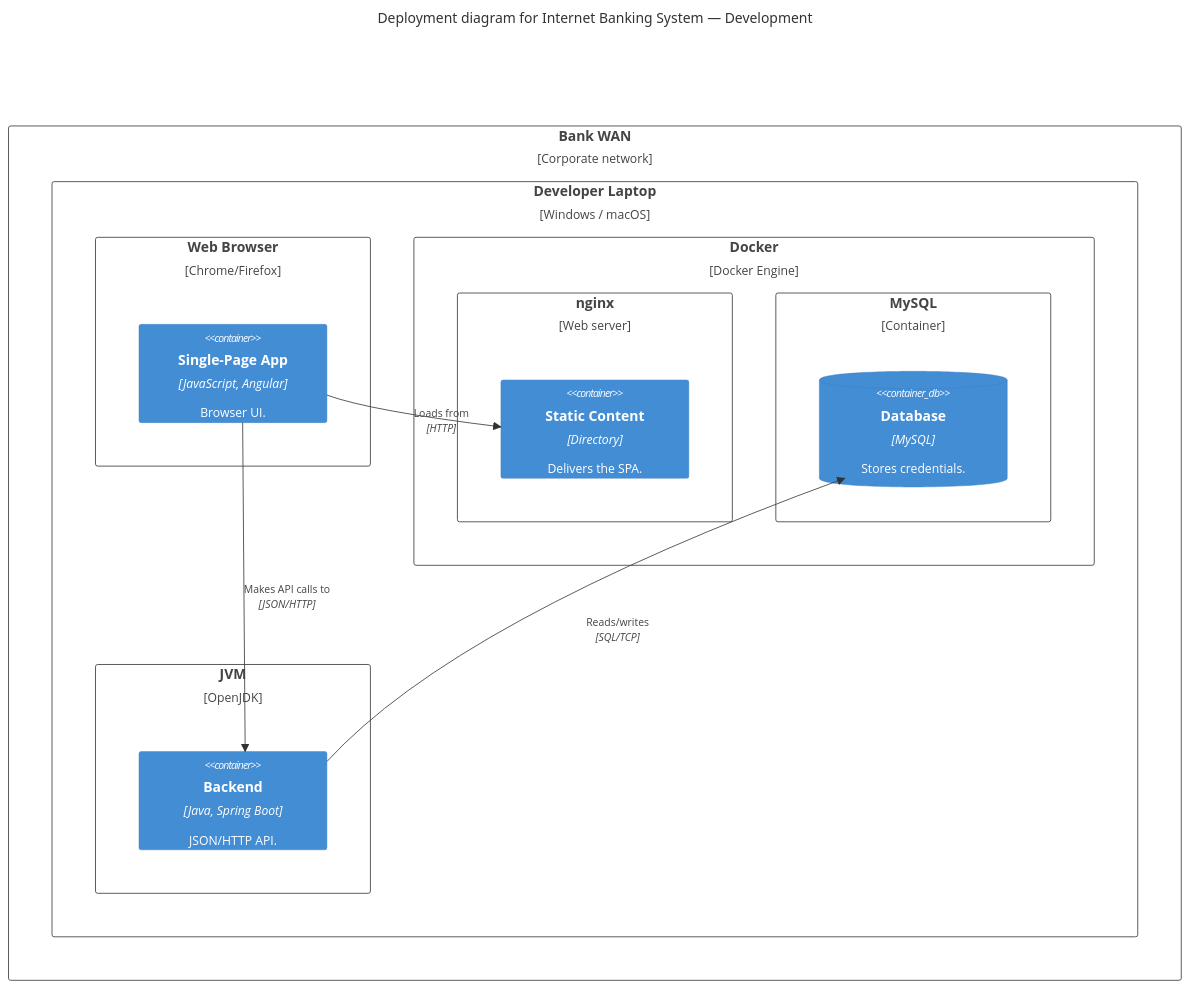
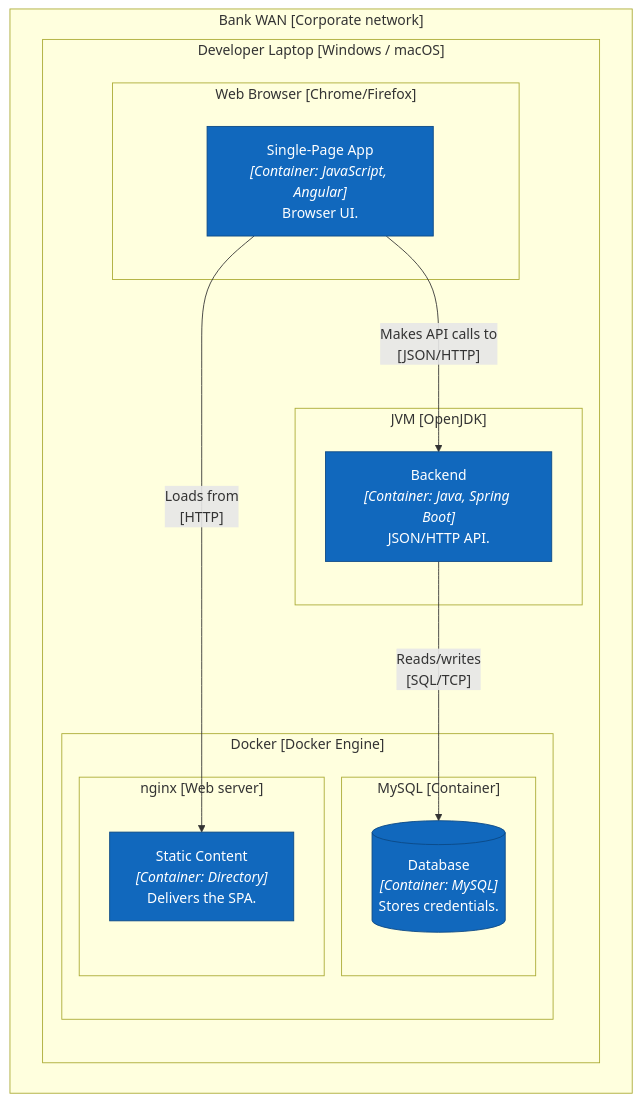
Before and after one commit to pchalupa/skills: the fifth of 6 diagrams in c4-diagrams/references/mermaid-flowchart-c4.md, drawn with Mermaid. The commit also changed other lines of this file and 4 other files, not shown here.

````diff
--- a/c4-diagrams/references/mermaid-flowchart-c4.md
+++ b/c4-diagrams/references/mermaid-flowchart-c4.md
@@ -238,27 +291,28 @@
 ```mermaid
-C4Deployment
-    title Deployment diagram for Internet Banking System — Development
+flowchart TB
+    subgraph bank["Bank WAN [Corporate network]"]
+        subgraph laptop["Developer Laptop [Windows / macOS]"]
+            subgraph browser["Web Browser [Chrome/Firefox]"]
+                spa["Single-Page App<br/><i>[Container: JavaScript, Angular]</i><br/>Browser UI."]
+            end
+            subgraph docker["Docker [Docker Engine]"]
+                subgraph nginx["nginx [Web server]"]
+                    static["Static Content<br/><i>[Container: Directory]</i><br/>Delivers the SPA."]
+                end
+                subgraph mysqlnode["MySQL [Container]"]
+                    db[("Database<br/><i>[Container: MySQL]</i><br/>Stores credentials.")]
+                end
+            end
+            subgraph jvm["JVM [OpenJDK]"]
+                backend["Backend<br/><i>[Container: Java, Spring Boot]</i><br/>JSON/HTTP API."]
+            end
+        end
+    end
 
-    Deployment_Node(bank, "Bank WAN", "Corporate network") {
-        Deployment_Node(laptop, "Developer Laptop", "Windows / macOS") {
-            Deployment_Node(browser, "Web Browser", "Chrome/Firefox") {
-                Container(spa, "Single-Page App", "JavaScript, Angular", "Browser UI.")
-            }
-            Deployment_Node(docker, "Docker", "Docker Engine") {
-                Deployment_Node(nginx, "nginx", "Web server") {
-                    Container(static, "Static Content", "Directory", "Delivers the SPA.")
-                }
-                Deployment_Node(mysql, "MySQL", "Container") {
-                    ContainerDb(db, "Database", "MySQL", "Stores credentials.")
-                }
-            }
-            Deployment_Node(jvm, "JVM", "OpenJDK") {
-                Container(backend, "Backend", "Java, Spring Boot", "JSON/HTTP API.")
-            }
-        }
-    }
+    spa -->|"Makes API calls to<br/>[JSON/HTTP]"| backend
+    spa -->|"Loads from<br/>[HTTP]"| static
+    backend -->|"Reads/writes<br/>[SQL/TCP]"| db
 
-    Rel(spa, backend, "Makes API calls to", "JSON/HTTP")
-    Rel(spa, static, "Loads from", "HTTP")
-    Rel(backend, db, "Reads/writes", "SQL/TCP")
+    classDef system fill:#1168bd,color:#fff,stroke:#0b4884;
+    class spa,static,backend,db system;
 ```
````
